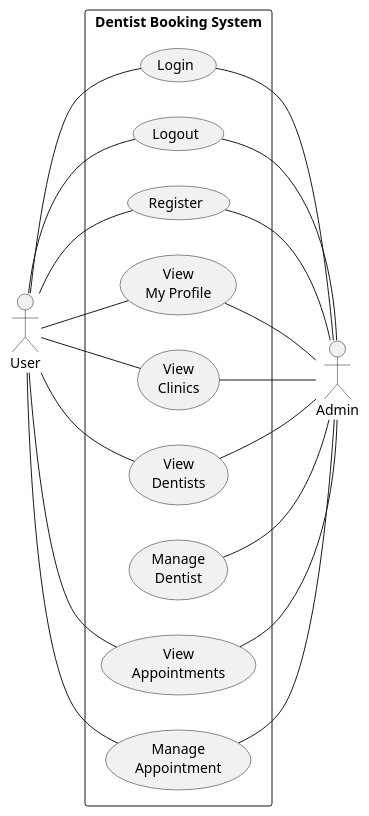
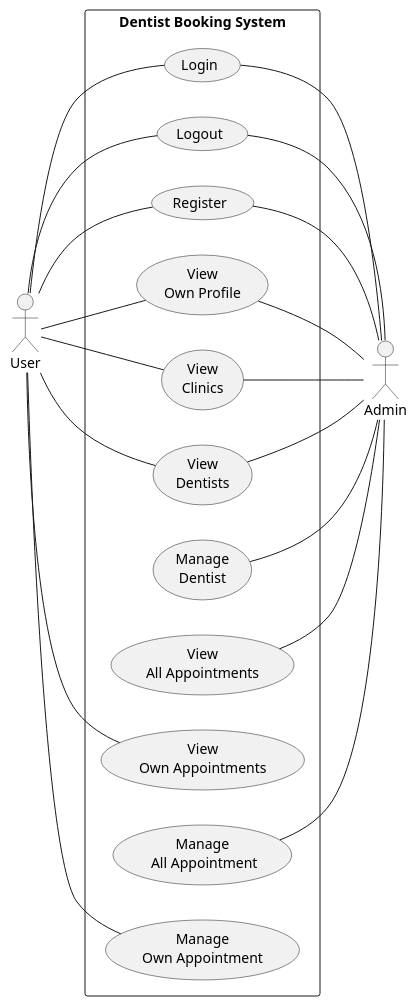
The diagram in doc/useCaseDiagram/UseCaseDiagram.puml (KoalaMuch/DentistBooking), drawn with PlantUML before and after one commit. The commit also changed 1 other file, not shown here.

```diff
--- a/doc/useCaseDiagram/UseCaseDiagram.puml
+++ b/doc/useCaseDiagram/UseCaseDiagram.puml
@@ -1,36 +1,38 @@
 @startuml VacQ System Use Case Diagram
 left to right direction
 actor "User" as user
 rectangle "Dentist Booking System" as VacQSystem {    
     usecase "Login" as login
     usecase "Logout" as logout
     usecase "Register" as register
-    usecase "View\nMy Profile" as viewUserProfile
+    usecase "View\nOwn Profile" as viewUserProfile
     usecase "View\nClinics" as viewClinics
     usecase "View\nDentists" as viewDentists
     usecase "Manage\nDentist" as manageDentist
-    usecase "View\nAppointments" as viewAppt
-    usecase "Manage\nAppointment" as manageAppt
+    usecase "View\nAll Appointments" as viewAllAppt
+    usecase "View\nOwn Appointments" as viewOwnAppt
+    usecase "Manage\n All Appointment" as manageAllAppt
+    usecase "Manage\nOwn Appointment" as manageOwnAppt
 }
 
 user -- register
 user -- login
 user -- logout
 user -- viewUserProfile
 user -- viewClinics
 user -- viewDentists
-user -- viewAppt
-user -- manageAppt
+user -- viewOwnAppt
+user -- manageOwnAppt
 
 actor "Admin" as admin
 register -- admin
 login -- admin
 logout -- admin
 viewUserProfile -- admin
 viewClinics -- admin
 viewDentists -- admin
 manageDentist -- admin
-viewAppt -- admin
-manageAppt -- admin
+viewAllAppt -- admin
+manageAllAppt -- admin
 
 @enduml
```
